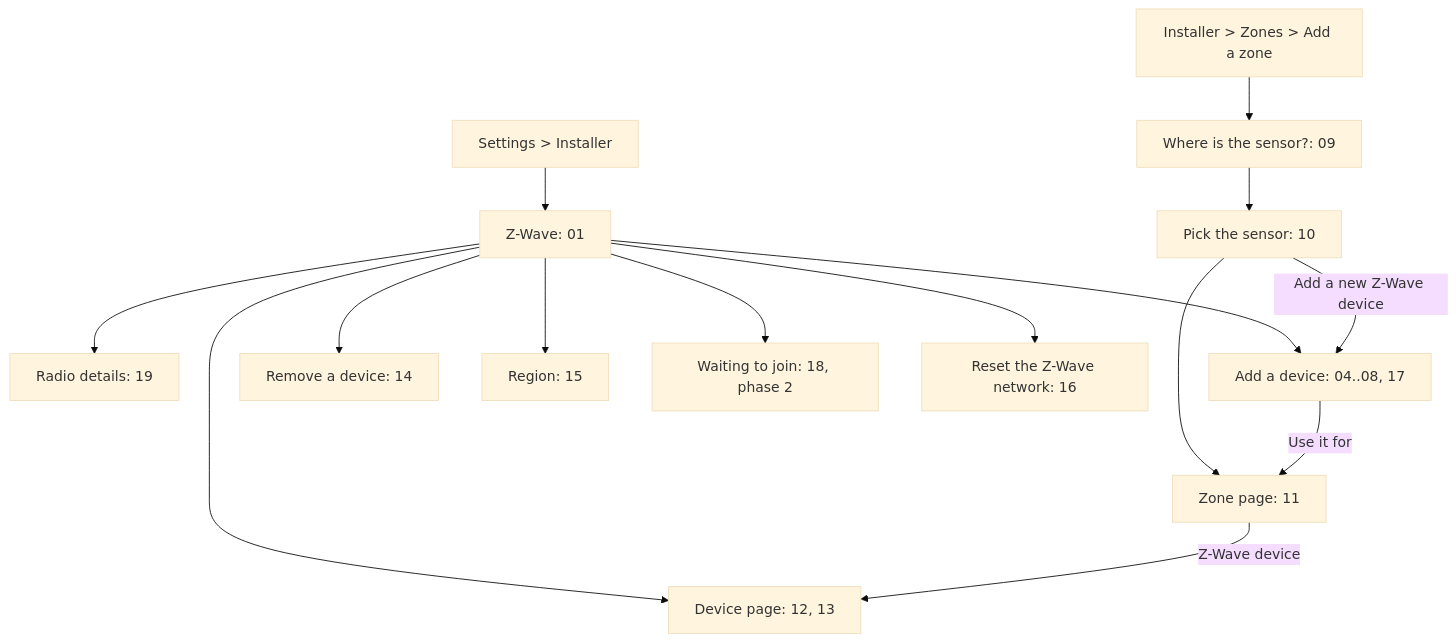
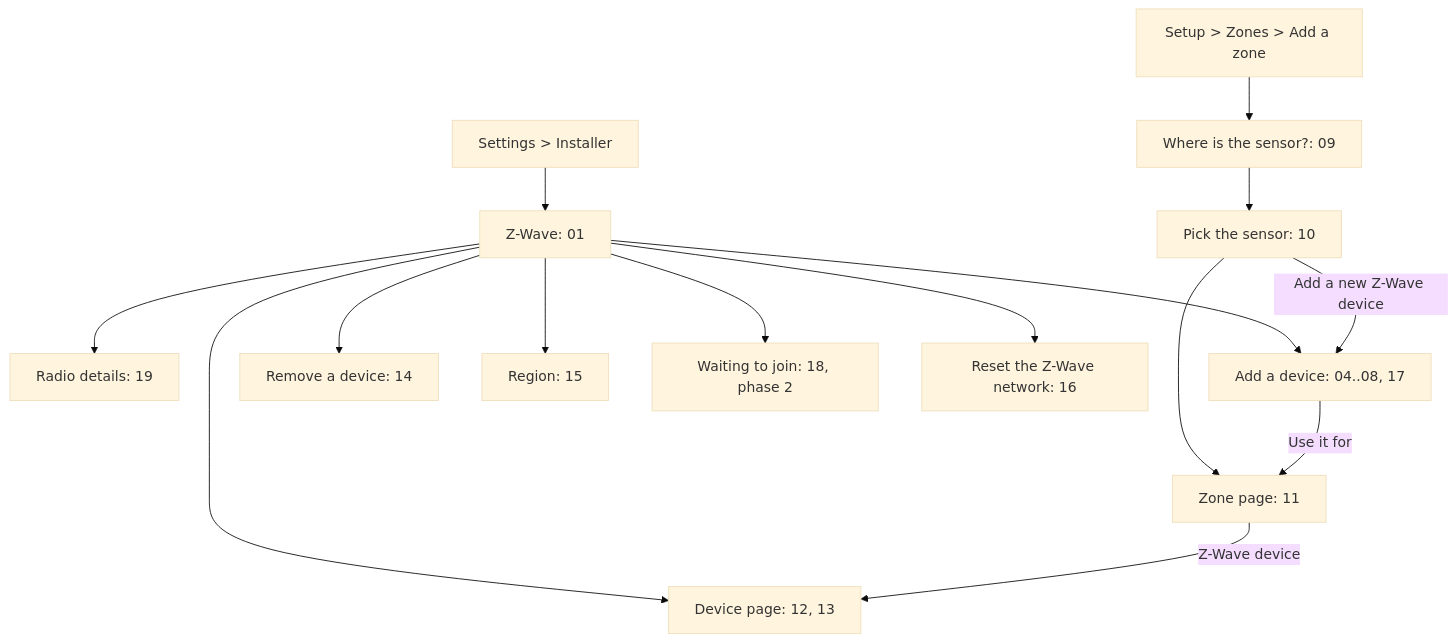
The diagram in docs/features/36-Z-Wave-Sensors-ZAC93/screens.md (RoboAlarms/alarm-panel), drawn with Mermaid (base theme) before and after one commit. The commit also changed other lines of this file and 79 other files, not shown here.

First line of the commit message:
Call installer mode Setup mode

````diff
--- a/docs/features/36-Z-Wave-Sensors-ZAC93/screens.md
+++ b/docs/features/36-Z-Wave-Sensors-ZAC93/screens.md
@@ -30,17 +30,17 @@
 ```mermaid
 flowchart TD
   I[Settings > Installer] --> ZW[Z-Wave: 01]
   ZW --> ST[Radio details: 19]
   ZW --> ADD[Add a device: 04..08, 17]
   ZW --> REM[Remove a device: 14]
   ZW --> DEV[Device page: 12, 13]
   ZW --> REG[Region: 15]
   ZW --> SS[Waiting to join: 18, phase 2]
   ZW --> RST[Reset the Z-Wave network: 16]
-  Z[Installer > Zones > Add a zone] --> SRC[Where is the sensor?: 09]
+  Z[Setup > Zones > Add a zone] --> SRC[Where is the sensor?: 09]
   SRC --> PICK[Pick the sensor: 10]
   PICK -->|Add a new Z-Wave device| ADD
   PICK --> ZP[Zone page: 11]
   ADD -->|Use it for| ZP
   ZP -->|Z-Wave device| DEV
 ```
````
